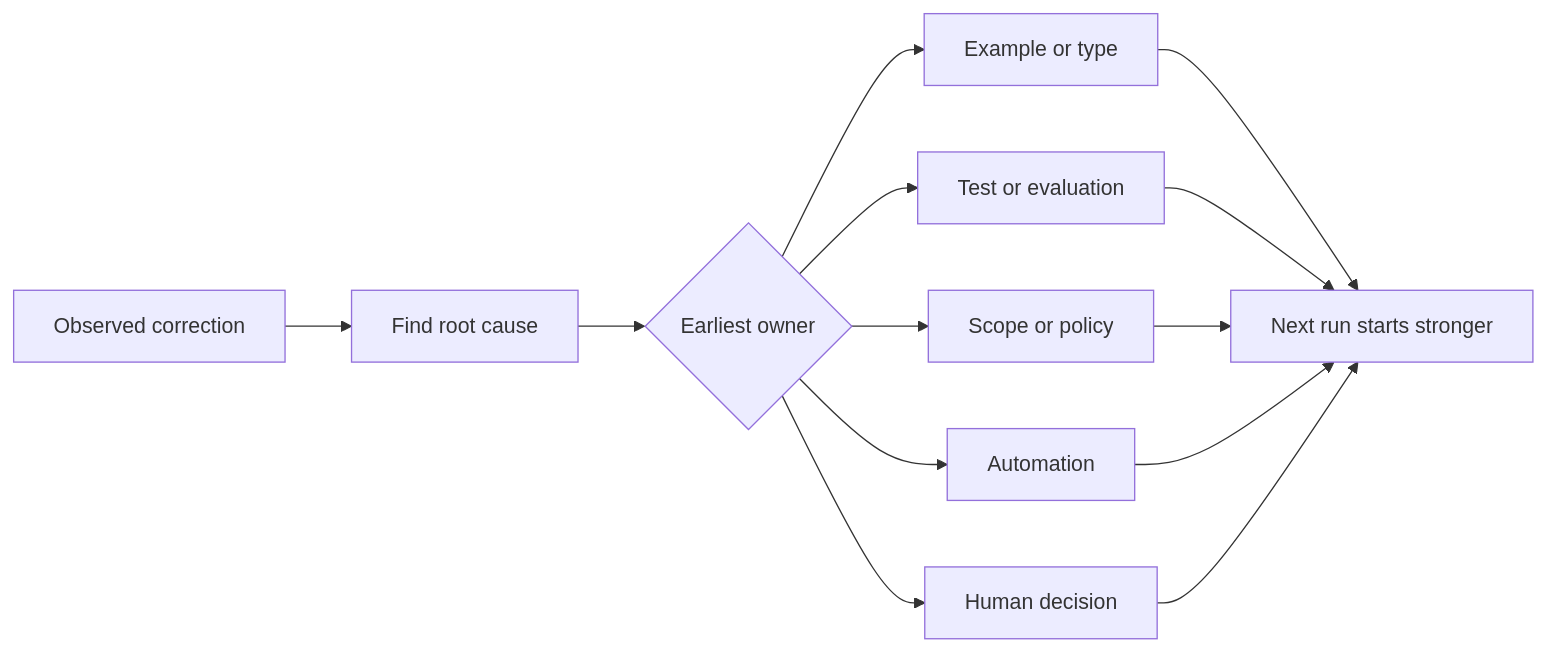
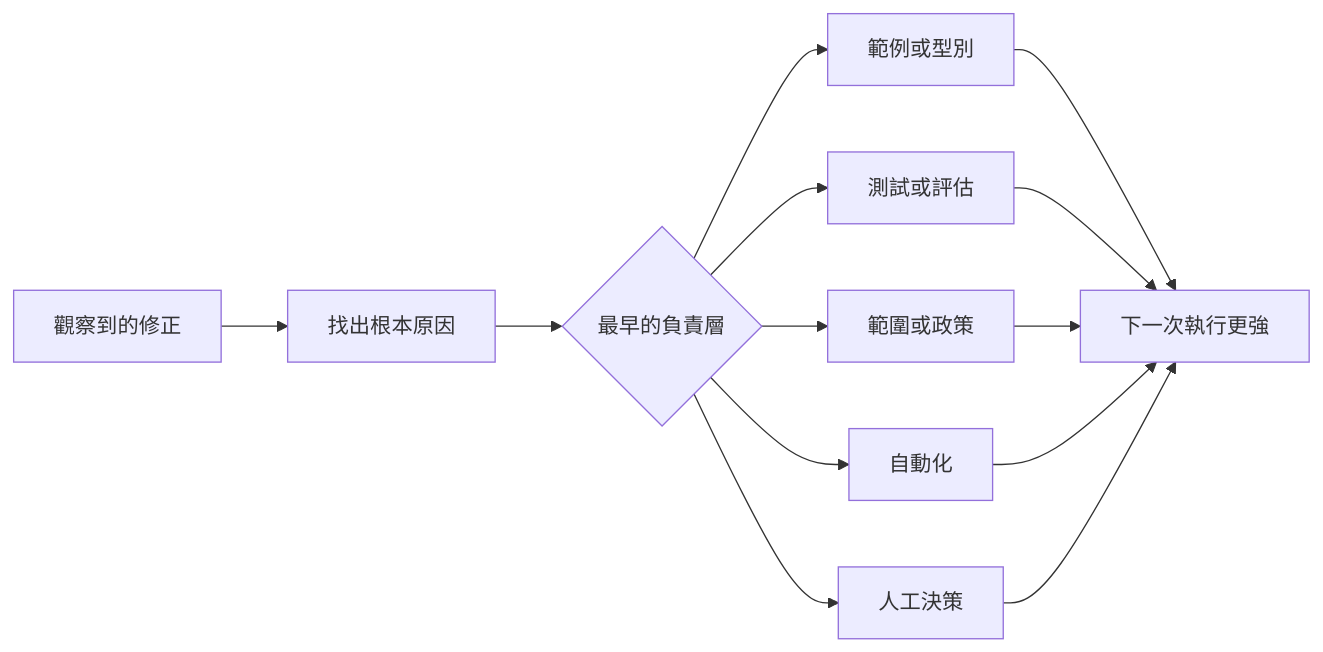
The diagram in i18n/zh-TW/phases/14-agent-engineering/46-turn-feedback-into-system/docs/zh-TW.md (edward821220/ai-engineering-from-scratch), drawn with Mermaid before and after one commit. The commit also changed other lines of this file and 43 other files, not shown here.

````diff
--- a/i18n/zh-TW/phases/14-agent-engineering/46-turn-feedback-into-system/docs/zh-TW.md
+++ b/i18n/zh-TW/phases/14-agent-engineering/46-turn-feedback-into-system/docs/zh-TW.md
@@ -38,15 +38,15 @@
 ```mermaid
 flowchart LR
-  O[Observed correction] --> C[Find root cause]
-  C --> T{Earliest owner}
-  T --> E[Example or type]
-  T --> V[Test or evaluation]
-  T --> S[Scope or policy]
-  T --> A[Automation]
-  T --> H[Human decision]
-  E --> N[Next run starts stronger]
+  O[觀察到的修正] --> C[找出根本原因]
+  C --> T{最早的負責層}
+  T --> E[範例或型別]
+  T --> V[測試或評估]
+  T --> S[範圍或政策]
+  T --> A[自動化]
+  T --> H[人工決策]
+  E --> N[下一次執行更強]
   V --> N
   S --> N
   A --> N
   H --> N
 ```
````
